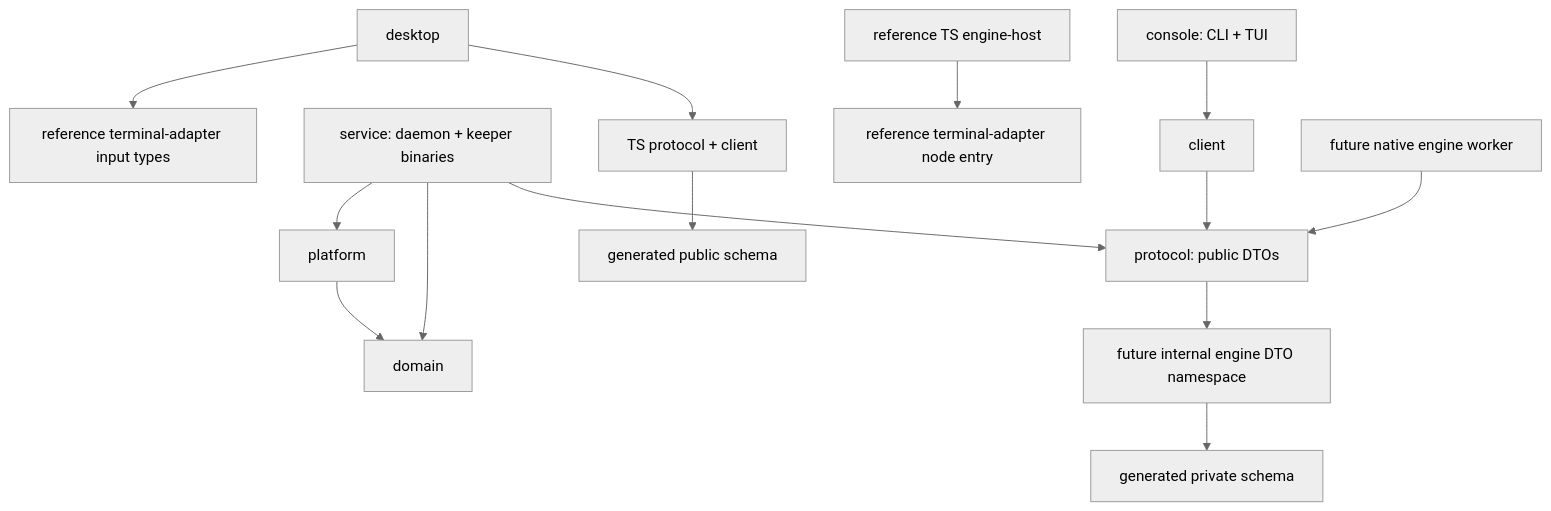
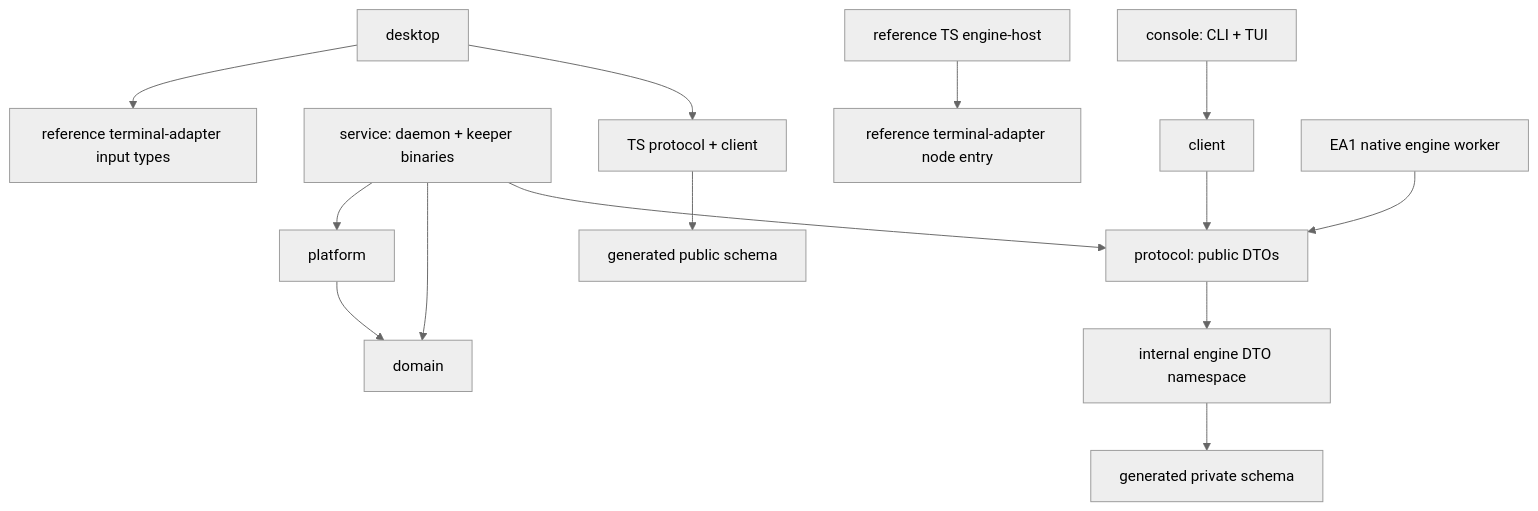
One commit to whoodes/namtab changed the diagram in docs/engineering/14-repository-and-engineering-practices.md. Above: the diagram before and after it, drawn with Mermaid (neutral theme). The commit also changed other lines of this file and 96 other files, not shown here.

First line of the commit message:
Add the bounded native worker and retain the failed EA1 gate

````diff
--- a/docs/engineering/14-repository-and-engineering-practices.md
+++ b/docs/engineering/14-repository-and-engineering-practices.md
@@ -63,16 +65,16 @@
 ```mermaid
 flowchart TD
     Console[console: CLI + TUI] --> Client[client]
     Client --> Wire[protocol: public DTOs]
     Service[service: daemon + keeper binaries] --> Wire
     Service --> Domain[domain]
     Service --> Platform[platform]
     Platform --> Domain
     Desktop[desktop] --> TSWire[TS protocol + client]
     Desktop --> Adapter[reference terminal-adapter input types]
     Engine[reference TS engine-host] --> AdapterNode[reference terminal-adapter node entry]
-    Native[future native engine worker] --> Wire
-    Wire --> Private[future internal engine DTO namespace]
+    Native[EA1 native engine worker] --> Wire
+    Wire --> Private[internal engine DTO namespace]
     TSWire --> Schema[generated public schema]
     Private --> PrivateSchema[generated private schema]
 ```
````
